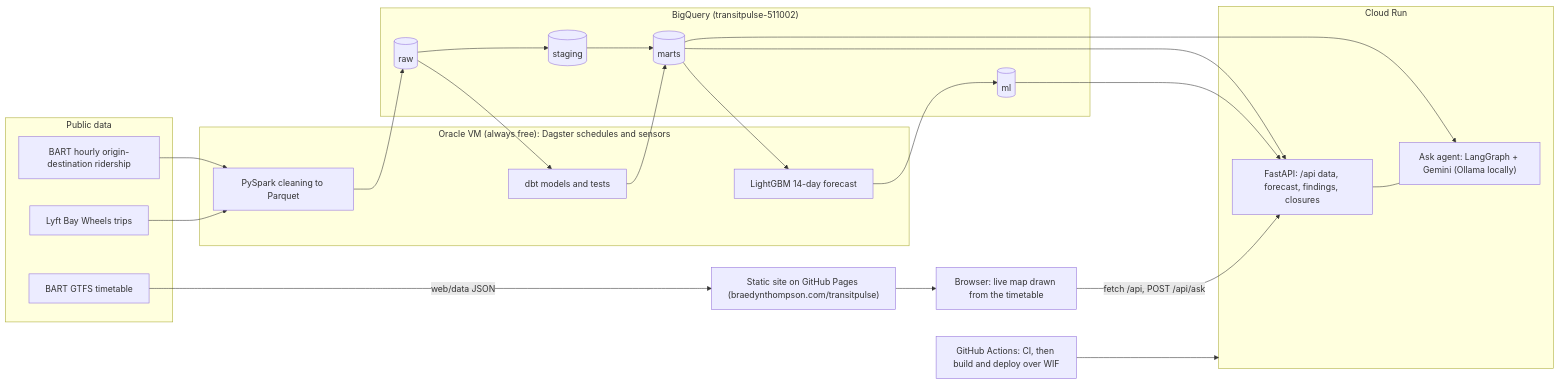
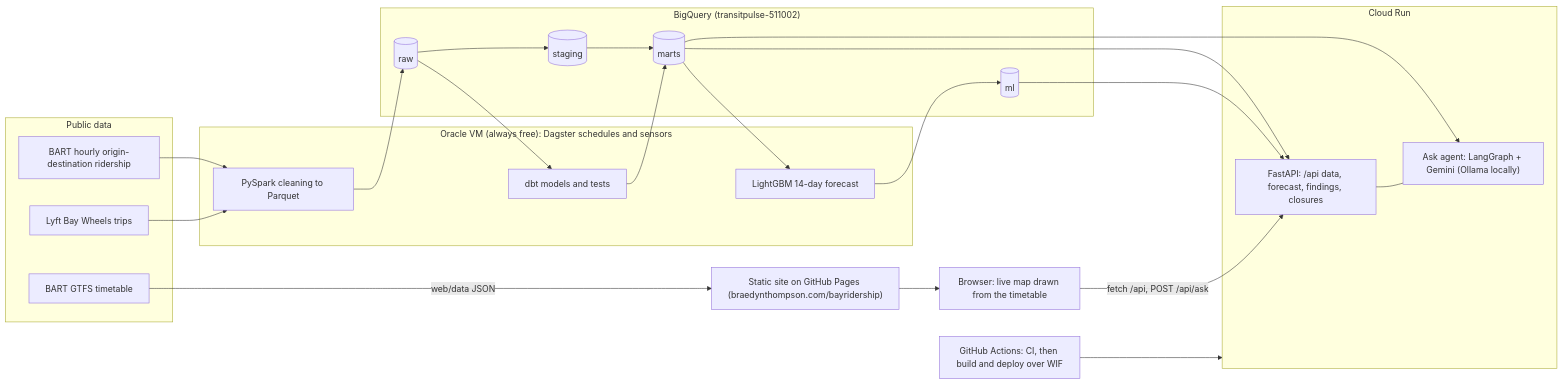
Before and after one commit to braaaeeedyn/transitpulse: the diagram in README.md, drawn with Mermaid. The commit also changed other lines of this file and 10 other files, not shown here.

Commit message:
Docs and comments: the site's address is braedynthompson.com/bayridership

````diff
--- a/README.md
+++ b/README.md
@@ -33,37 +33,37 @@
 ```mermaid
 flowchart LR
   subgraph sources["Public data"]
     gtfs["BART GTFS timetable"]
     od["BART hourly origin-destination ridership"]
     bw["Lyft Bay Wheels trips"]
   end
   subgraph vm["Oracle VM (always free): Dagster schedules and sensors"]
     spark["PySpark cleaning to Parquet"]
     dbt["dbt models and tests"]
     lgbm["LightGBM 14-day forecast"]
   end
   subgraph bq["BigQuery (transitpulse-511002)"]
     raw[("raw")] --> staging[("staging")] --> marts[("marts")]
     mlds[("ml")]
   end
   subgraph run["Cloud Run"]
     api["FastAPI: /api data, forecast, findings, closures"]
     agent["Ask agent: LangGraph + Gemini (Ollama locally)"]
   end
-  pages["Static site on GitHub Pages (braedynthompson.com/transitpulse)"]
+  pages["Static site on GitHub Pages (braedynthompson.com/bayridership)"]
   browser["Browser: live map drawn from the timetable"]
   gha["GitHub Actions: CI, then build and deploy over WIF"]
 
   od --> spark --> raw
   bw --> spark
   raw --> dbt --> marts
   marts --> lgbm --> mlds
   marts --> api
   mlds --> api
   marts --> agent
   gtfs -- "web/data JSON" --> pages
   pages --> browser
   browser -- "fetch /api, POST /api/ask" --> api
   api --- agent
   gha --> run
 ```
````
